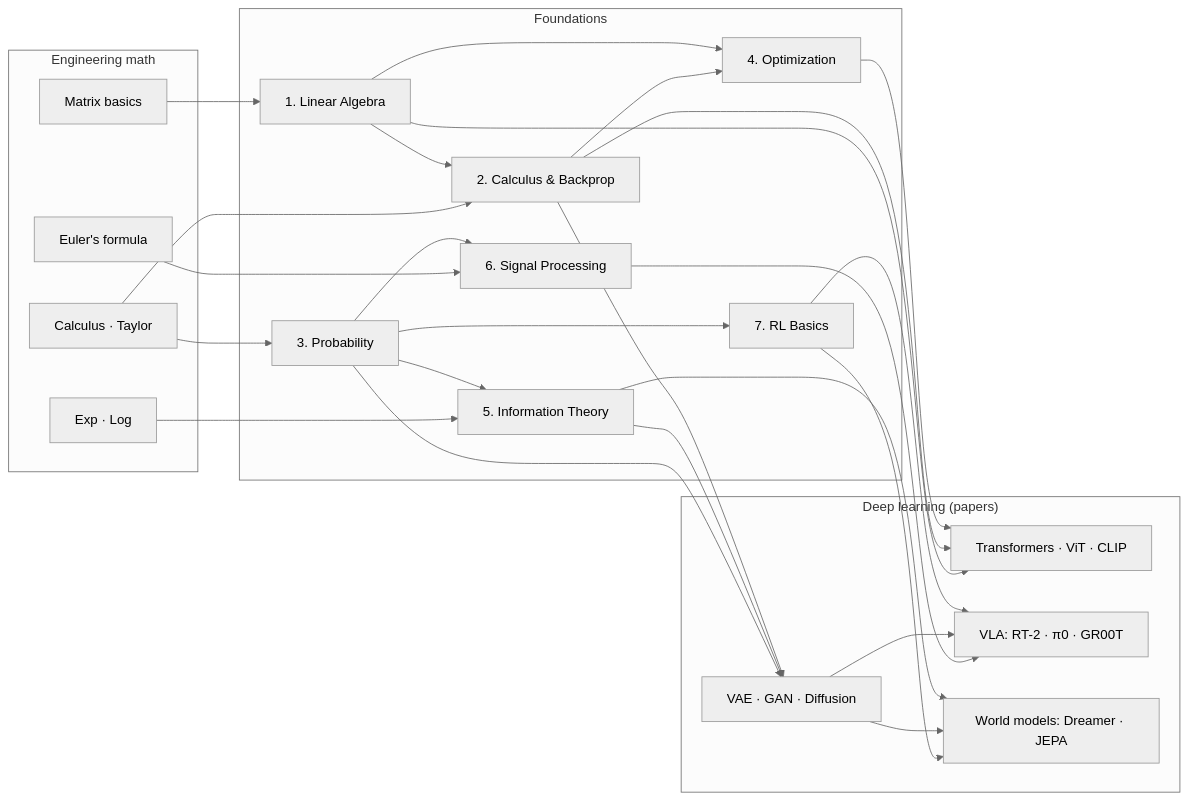
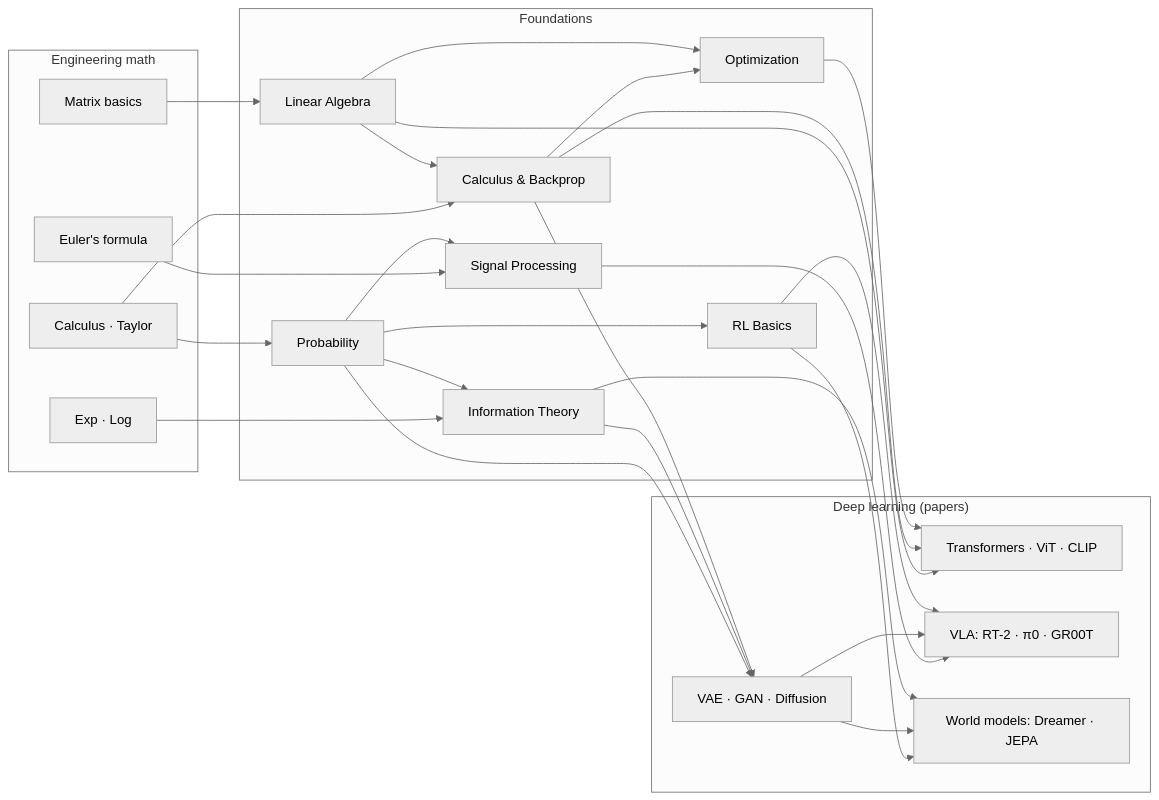
The diagram in content/02-foundations/overview.md (jiseop-byeon/phd-wiki), drawn with Mermaid (neutral theme) before and after one commit. The commit also changed other lines of this file and 2 other files, not shown here.

Commit message:
Fix table wikilinks on ecosystem page; fix mermaid label markdown errors; linkify quick sources; add Lee/Jebelli to labs map

````diff
--- a/content/02-foundations/overview.md
+++ b/content/02-foundations/overview.md
@@ -40,46 +40,46 @@
 ```mermaid
 graph LR
     subgraph M["Engineering math"]
     CALC["Calculus · Taylor"]
     MAT["Matrix basics"]
     EUL["Euler's formula"]
     LOG["Exp · Log"]
     end
     subgraph F["Foundations"]
-    LA["1. Linear Algebra"]
-    CB["2. Calculus & Backprop"]
-    PR["3. Probability"]
-    OPT["4. Optimization"]
-    IT["5. Information Theory"]
-    SP["6. Signal Processing"]
-    RL["7. RL Basics"]
+    LA["Linear Algebra"]
+    CB["Calculus & Backprop"]
+    PR["Probability"]
+    OPT["Optimization"]
+    IT["Information Theory"]
+    SP["Signal Processing"]
+    RL["RL Basics"]
     end
     subgraph D["Deep learning (papers)"]
     TF["Transformers · ViT · CLIP"]
     GEN["VAE · GAN · Diffusion"]
     VLA["VLA: RT-2 · π0 · GR00T"]
     WM["World models: Dreamer · JEPA"]
     end
     MAT --> LA
     CALC --> CB
     CALC --> PR
     EUL --> SP
     LOG --> IT
     LA --> CB --> OPT
     LA --> OPT
     PR --> IT
     PR --> RL
     PR --> SP
     LA --> TF
     CB --> TF
     OPT --> TF
     PR --> GEN
     IT --> GEN
     CB --> GEN
     SP --> VLA
     GEN --> VLA
     RL --> VLA
     RL --> WM
     GEN --> WM
     IT --> WM
 ```
````
